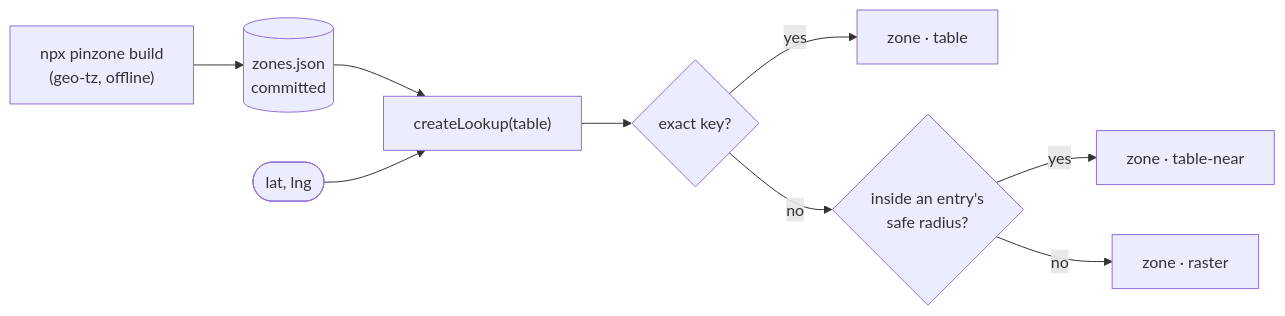
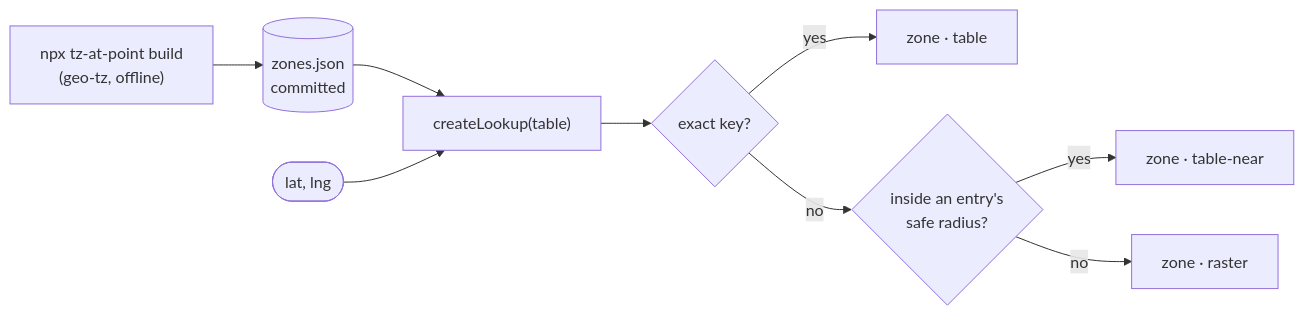
One commit to oo-pibe/tz-at-point changed the diagram in README.md. Above: the diagram before and after it, drawn with Mermaid. The commit also changed other lines of this file and 27 other files, not shown here.

````diff
--- a/README.md
+++ b/README.md
@@ -46,11 +46,11 @@
 ```mermaid
 flowchart LR
-  B["npx pinzone build<br/>(geo-tz, offline)"] --> Z[("zones.json<br/>committed")]
+  B["npx tz-at-point build<br/>(geo-tz, offline)"] --> Z[("zones.json<br/>committed")]
   Z --> L["createLookup(table)"]
   Q(["lat, lng"]) --> L
   L --> E{"exact key?"}
   E -- yes --> T["zone · table"]
   E -- no --> R{"inside an entry's<br/>safe radius?"}
   R -- yes --> N["zone · table-near"]
   R -- no --> F["zone · raster"]
 ```
````
